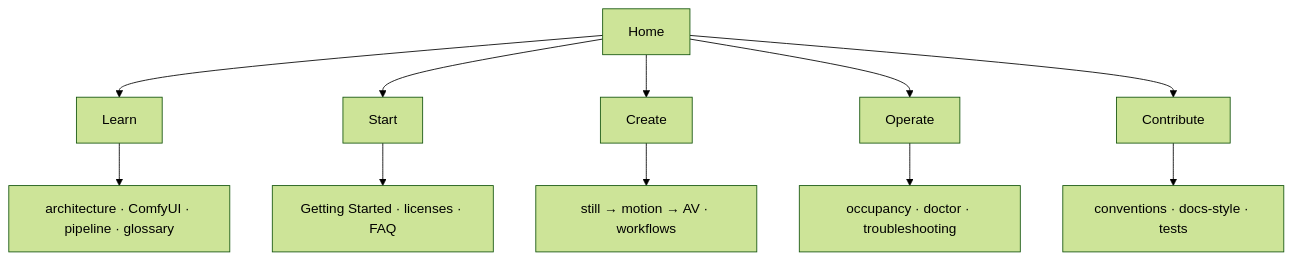
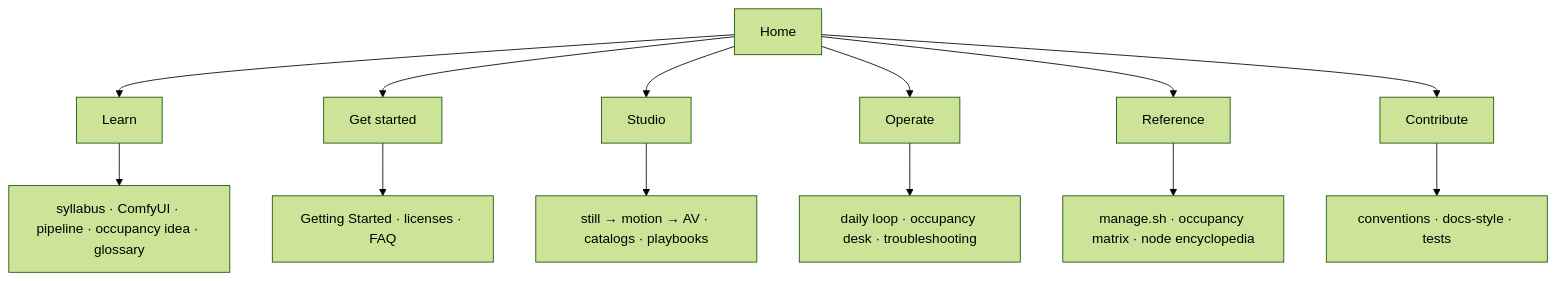
The third of 3 diagrams in docs/index.mdx (toxicoder/ez-comfy-stack), drawn with Mermaid (forest theme) before and after one commit. The commit also changed other lines of this file and 15 other files, not shown here.

````diff
--- a/docs/index.mdx
+++ b/docs/index.mdx
@@ -134,13 +134,15 @@
 ```mermaid
 flowchart TB
   Home["Home"] --> Learn["Learn"]
-  Home --> Start["Start"]
-  Home --> Create["Create"]
+  Home --> Start["Get started"]
+  Home --> Studio["Studio"]
   Home --> Operate["Operate"]
+  Home --> Ref["Reference"]
   Home --> Contribute["Contribute"]
-  Learn --> L1["architecture · ComfyUI · pipeline · glossary"]
+  Learn --> L1["syllabus · ComfyUI · pipeline · occupancy idea · glossary"]
   Start --> S1["Getting Started · licenses · FAQ"]
-  Create --> C1["still → motion → AV · workflows"]
-  Operate --> O1["occupancy · doctor · troubleshooting"]
+  Studio --> C1["still → motion → AV · catalogs · playbooks"]
+  Operate --> O1["daily loop · occupancy desk · troubleshooting"]
+  Ref --> R1["manage.sh · occupancy matrix · node encyclopedia"]
   Contribute --> N1["conventions · docs-style · tests"]
 ```
````
